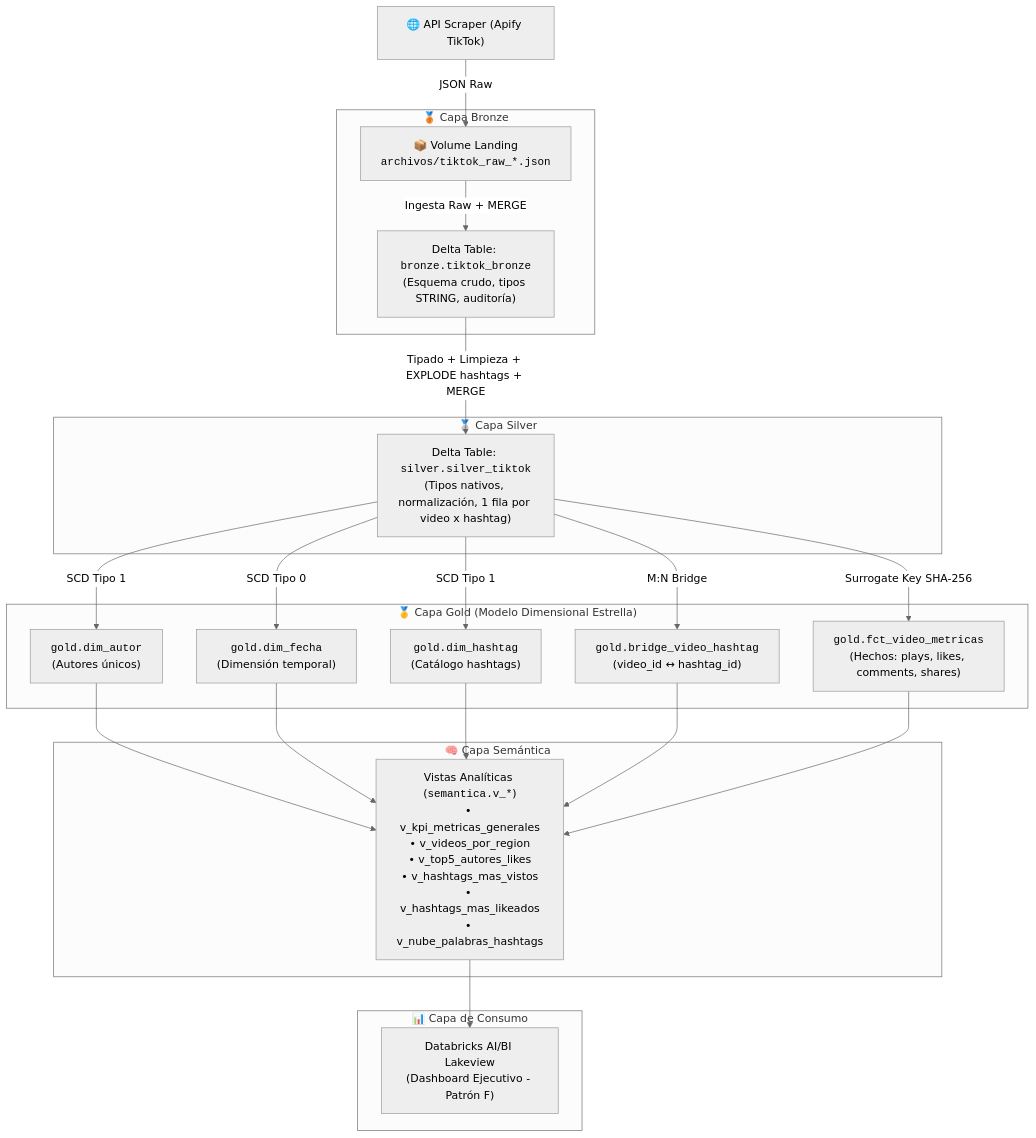
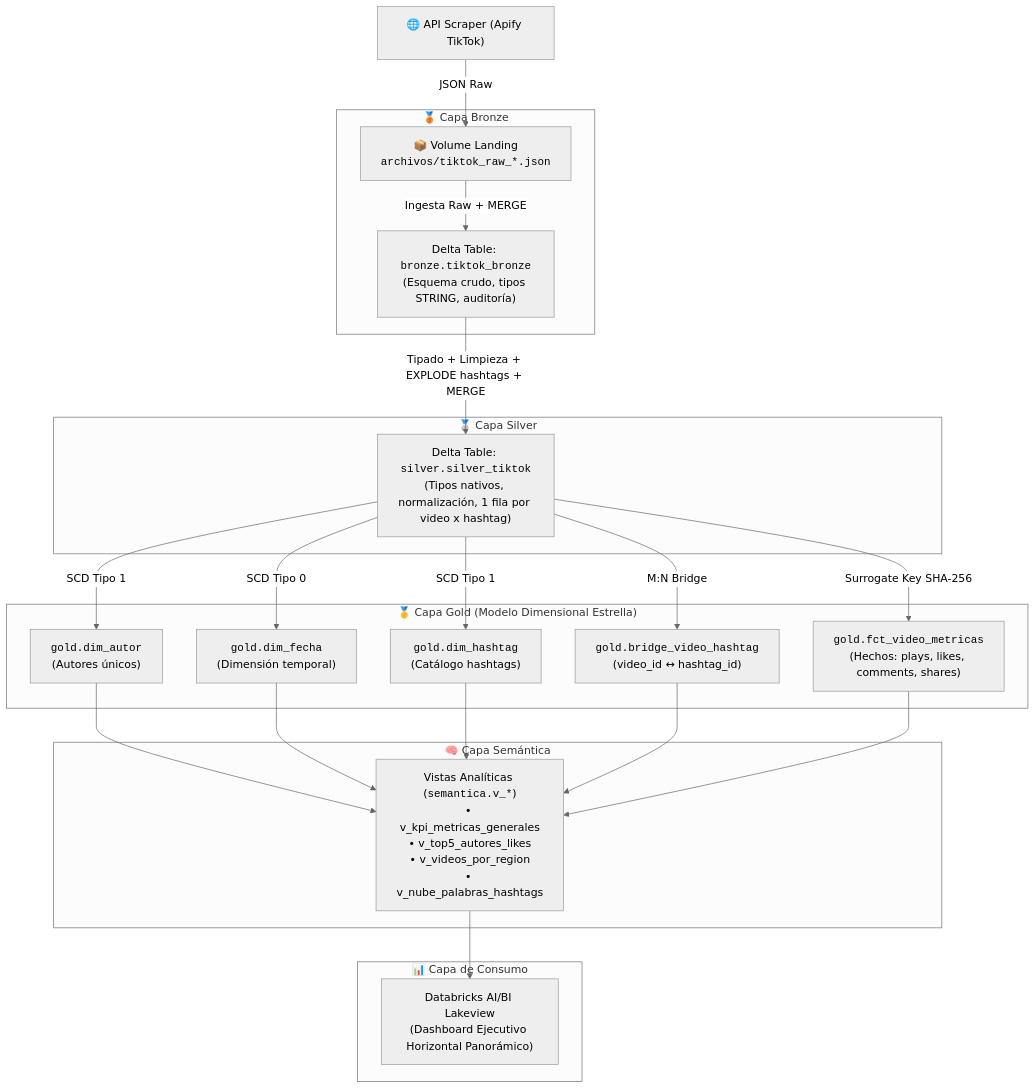
Before and after one commit to manuelmarciales20013-dotcom/proyecto_bootcamp: the first of 2 diagrams in README.md, drawn with Mermaid (neutral theme). The commit also changed other lines of this file, not shown here.

Commit message:
docs: actualizar README.md con metricas finales limpias, arquitectura de 3 niveles y artefactos de dashboards

````diff
--- a/README.md
+++ b/README.md
@@ -20,28 +20,28 @@
 ```mermaid
 flowchart TD
     API["🌐 API Scraper (Apify TikTok)"] -->|JSON Raw| VOL["📦 Volume Landing<br/><code>archivos/tiktok_raw_*.json</code>"]
     
     subgraph BRONZE_LAYER ["🥉 Capa Bronze"]
         VOL -->|Ingesta Raw + MERGE| BRONZE["Delta Table: <code>bronze.tiktok_bronze</code><br/>(Esquema crudo, tipos STRING, auditoría)"]
     end
     
     subgraph SILVER_LAYER ["🥈 Capa Silver"]
         BRONZE -->|Tipado + Limpieza + EXPLODE hashtags + MERGE| SILVER["Delta Table: <code>silver.silver_tiktok</code><br/>(Tipos nativos, normalización, 1 fila por video x hashtag)"]
     end
     
     subgraph GOLD_LAYER ["🥇 Capa Gold (Modelo Dimensional Estrella)"]
         SILVER -->|SCD Tipo 1| D_AUTOR["<code>gold.dim_autor</code><br/>(Autores únicos)"]
         SILVER -->|SCD Tipo 0| D_FECHA["<code>gold.dim_fecha</code><br/>(Dimensión temporal)"]
         SILVER -->|SCD Tipo 1| D_HASH["<code>gold.dim_hashtag</code><br/>(Catálogo hashtags)"]
         SILVER -->|M:N Bridge| B_HASH["<code>gold.bridge_video_hashtag</code><br/>(video_id ↔ hashtag_id)"]
         SILVER -->|Surrogate Key SHA-256| F_METRICAS["<code>gold.fct_video_metricas</code><br/>(Hechos: plays, likes, comments, shares)"]
     end
     
     subgraph SEMANTICA_LAYER ["🧠 Capa Semántica"]
-        D_AUTOR & D_FECHA & D_HASH & B_HASH & F_METRICAS --> VISTAS["Vistas Analíticas (<code>semantica.v_*</code>)<br/>• v_kpi_metricas_generales<br/>• v_videos_por_region<br/>• v_top5_autores_likes<br/>• v_hashtags_mas_vistos<br/>• v_hashtags_mas_likeados<br/>• v_nube_palabras_hashtags"]
+        D_AUTOR & D_FECHA & D_HASH & B_HASH & F_METRICAS --> VISTAS["Vistas Analíticas (<code>semantica.v_*</code>)<br/>• v_kpi_metricas_generales<br/>• v_top5_autores_likes<br/>• v_videos_por_region<br/>• v_nube_palabras_hashtags"]
     end
     
     subgraph BI_LAYER ["📊 Capa de Consumo"]
-        VISTAS --> DASHBOARD["Databricks AI/BI Lakeview<br/>(Dashboard Ejecutivo - Patrón F)"]
+        VISTAS --> DASHBOARD["Databricks AI/BI Lakeview<br/>(Dashboard Ejecutivo Horizontal Panorámico)"]
     end
 ```
````
